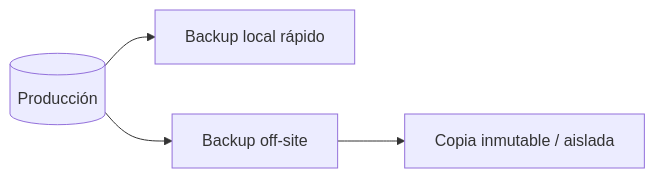
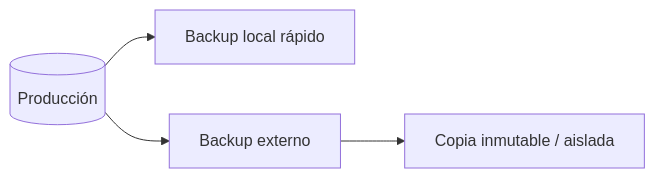
Before and after one commit to unlam-informatica/unlam-informatica.github.io: the second of 2 diagrams in src/content/docs/bbdd-aplicadas/unidad-5/teoria/backup-restauracion.md, drawn with Mermaid. The commit also changed other lines of this file and 100 other files, not shown here.

````diff
--- a/src/content/docs/bbdd-aplicadas/unidad-5/teoria/backup-restauracion.md
+++ b/src/content/docs/bbdd-aplicadas/unidad-5/teoria/backup-restauracion.md
@@ -181,6 +441,6 @@
 ```mermaid
 flowchart LR
     PROD[(Producción)] --> L[Backup local rápido]
-    PROD --> O[Backup off-site]
+    PROD --> O[Backup externo]
     O --> I[Copia inmutable / aislada]
 ```
````
